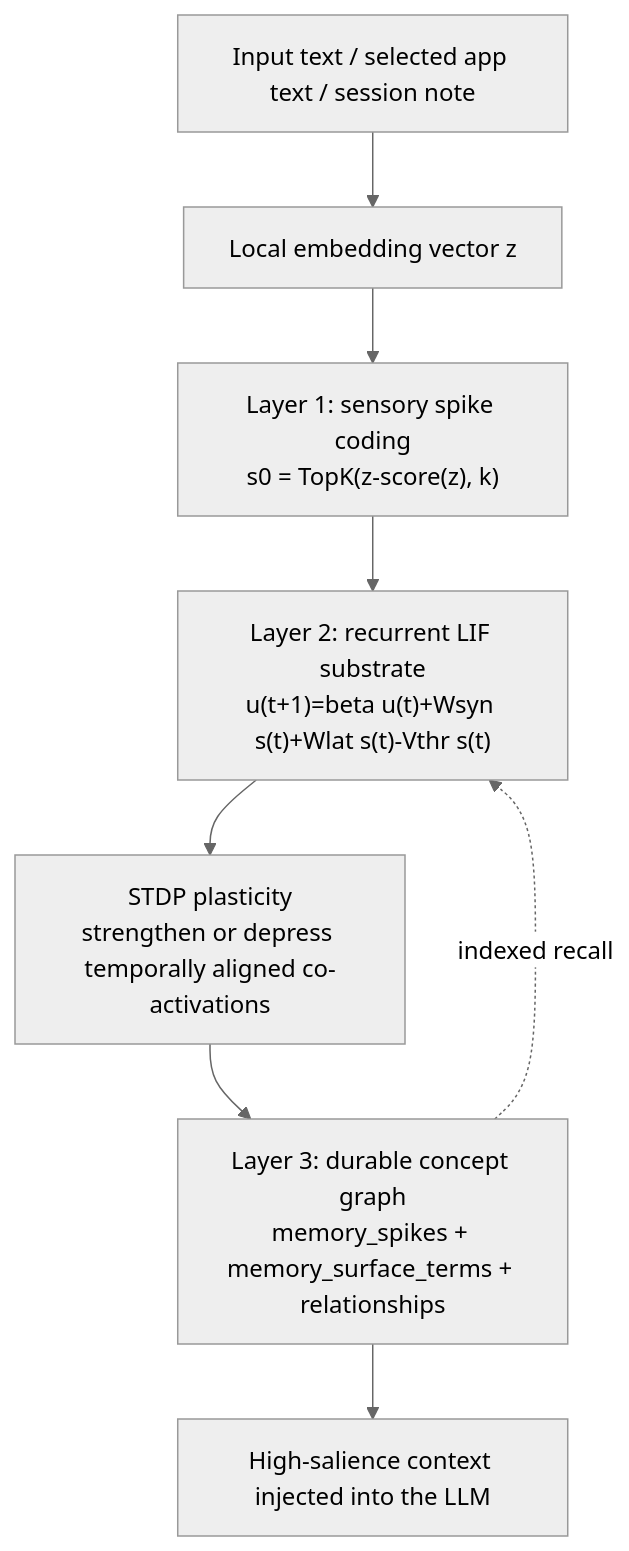
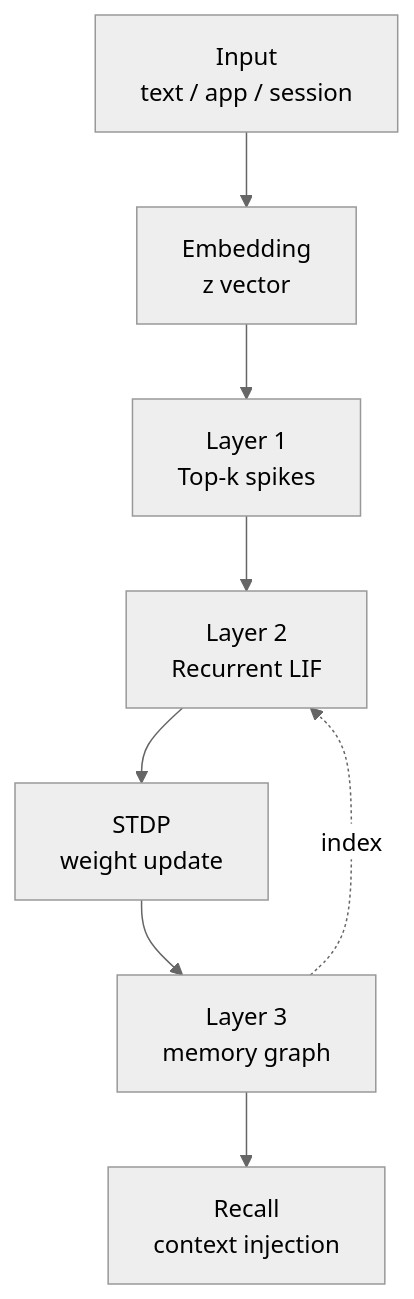
Before and after one commit to driverd12/SYNAPSE-S2: the second of 2 diagrams in README.md, drawn with Mermaid (neutral theme). The commit also changed other lines of this file and 2 other files, not shown here.

Commit message:
Fix Mermaid docs and align math notation

````diff
--- a/README.md
+++ b/README.md
@@ -469,13 +480,13 @@
 ```mermaid
 flowchart TB
-  Input["Input text / selected app text / session note"]
-  Embed["Local embedding vector z"]
-  TopK["Layer 1: sensory spike coding<br/>s0 = TopK(z-score(z), k)"]
-  LIF["Layer 2: recurrent LIF substrate<br/>u(t+1)=beta u(t)+Wsyn s(t)+Wlat s(t)-Vthr s(t)"]
-  STDP["STDP plasticity<br/>strengthen or depress temporally aligned co-activations"]
-  Graph["Layer 3: durable concept graph<br/>memory_spikes + memory_surface_terms + relationships"]
-  Recall["High-salience context injected into the LLM"]
+  Input["Input<br/>text / app / session"]
+  Embed["Embedding<br/>z vector"]
+  TopK["Layer 1<br/>Top-k spikes"]
+  LIF["Layer 2<br/>Recurrent LIF"]
+  STDP["STDP<br/>weight update"]
+  Graph["Layer 3<br/>memory graph"]
+  Recall["Recall<br/>context injection"]
 
   Input --> Embed --> TopK --> LIF --> STDP --> Graph --> Recall
-  Graph -. "indexed recall" .-> LIF
+  Graph -. "index" .-> LIF
 ```
````
